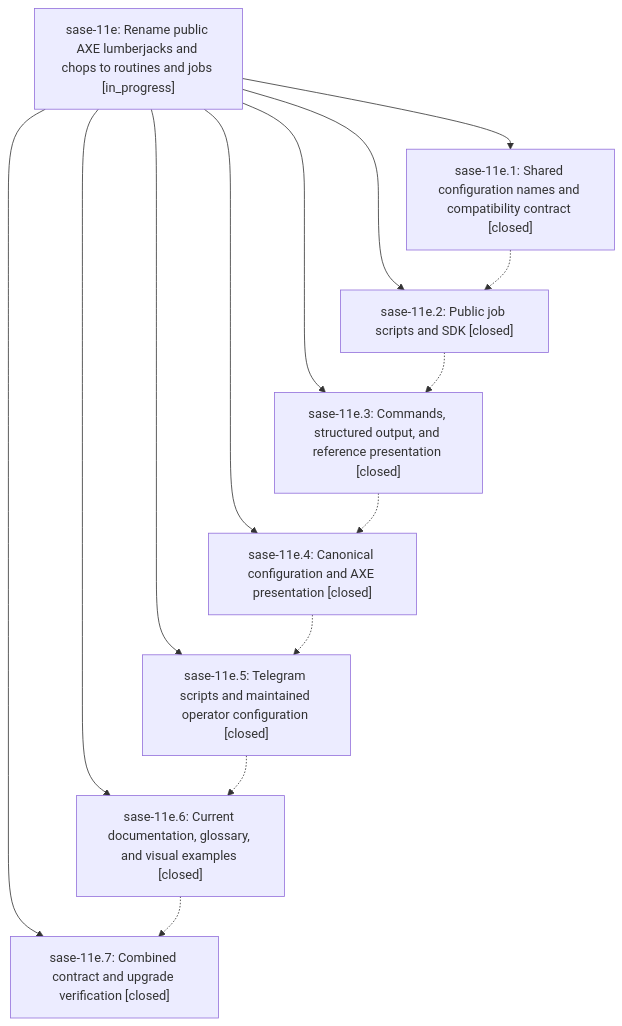
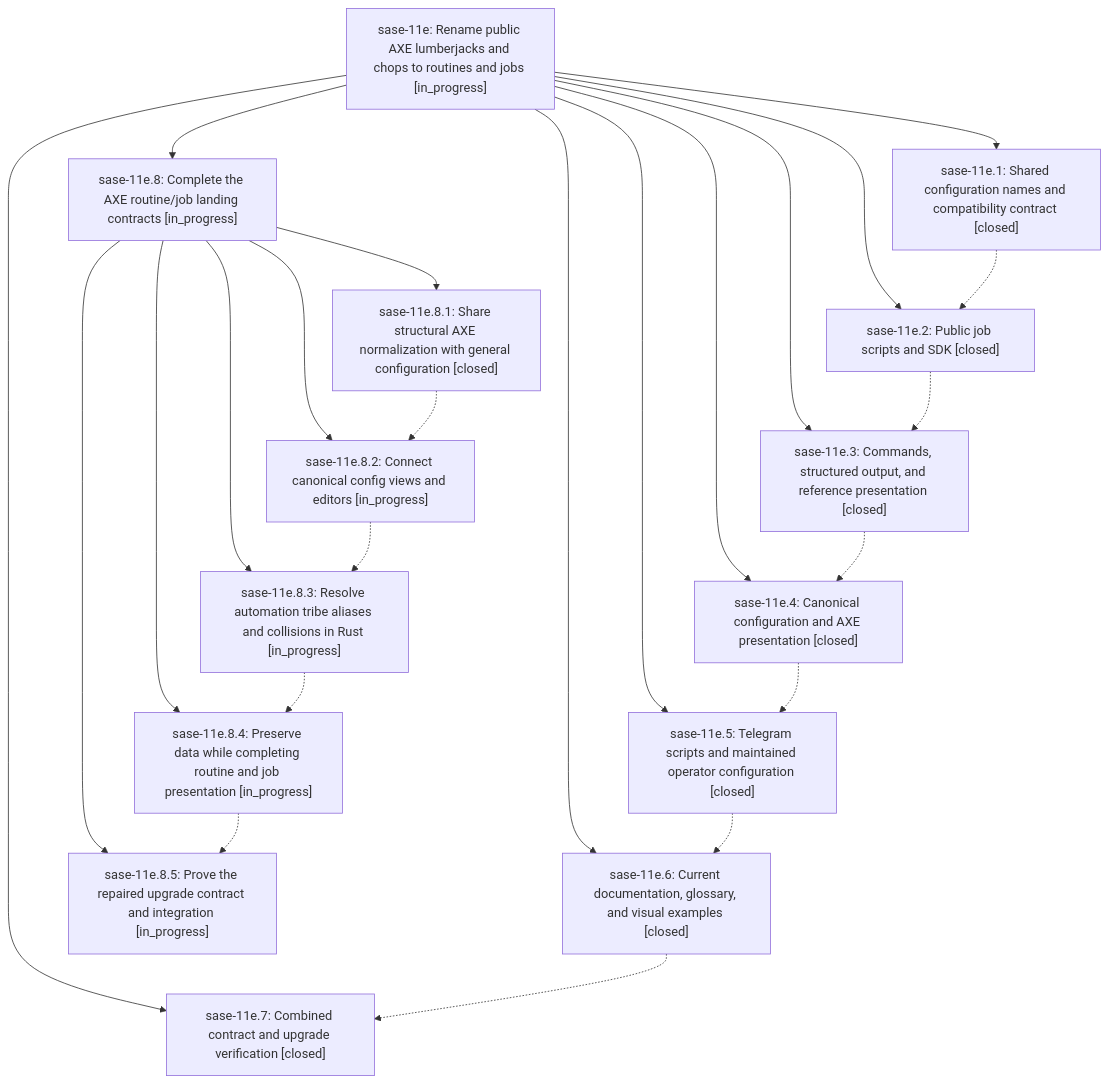
One commit to sase-org/sase--beads changed the diagram in pages/sase-11e/README.md. Above: the diagram before and after it, drawn with Mermaid. The commit also changed other lines of this file and 8 other files, not shown here.

````diff
--- a/pages/sase-11e/README.md
+++ b/pages/sase-11e/README.md
@@ -40,24 +42,40 @@
 ```mermaid
 flowchart TD
     n0["sase-11e: Rename public AXE lumberjacks and chops to routines and jobs [in_progress]"]
     n1["sase-11e.1: Shared configuration names and compatibility contract [closed]"]
     n2["sase-11e.2: Public job scripts and SDK [closed]"]
     n3["sase-11e.3: Commands, structured output, and reference presentation [closed]"]
     n4["sase-11e.4: Canonical configuration and AXE presentation [closed]"]
     n5["sase-11e.5: Telegram scripts and maintained operator configuration [closed]"]
     n6["sase-11e.6: Current documentation, glossary, and visual examples [closed]"]
     n7["sase-11e.7: Combined contract and upgrade verification [closed]"]
+    n8["sase-11e.8: Complete the AXE routine/job landing contracts [in_progress]"]
+    n9["sase-11e.8.1: Share structural AXE normalization with general configuration [closed]"]
+    n10["sase-11e.8.2: Connect canonical config views and editors [in_progress]"]
+    n11["sase-11e.8.3: Resolve automation tribe aliases and collisions in Rust [in_progress]"]
+    n12["sase-11e.8.4: Preserve data while completing routine and job presentation [in_progress]"]
+    n13["sase-11e.8.5: Prove the repaired upgrade contract and integration [in_progress]"]
     n0 --> n1
     n0 --> n2
     n0 --> n3
     n0 --> n4
     n0 --> n5
     n0 --> n6
     n0 --> n7
+    n0 --> n8
+    n8 --> n9
+    n8 --> n10
+    n8 --> n11
+    n8 --> n12
+    n8 --> n13
     n1 -.-> n2
     n2 -.-> n3
     n3 -.-> n4
     n4 -.-> n5
     n5 -.-> n6
     n6 -.-> n7
+    n9 -.-> n10
+    n10 -.-> n11
+    n11 -.-> n12
+    n12 -.-> n13
 ```
````
